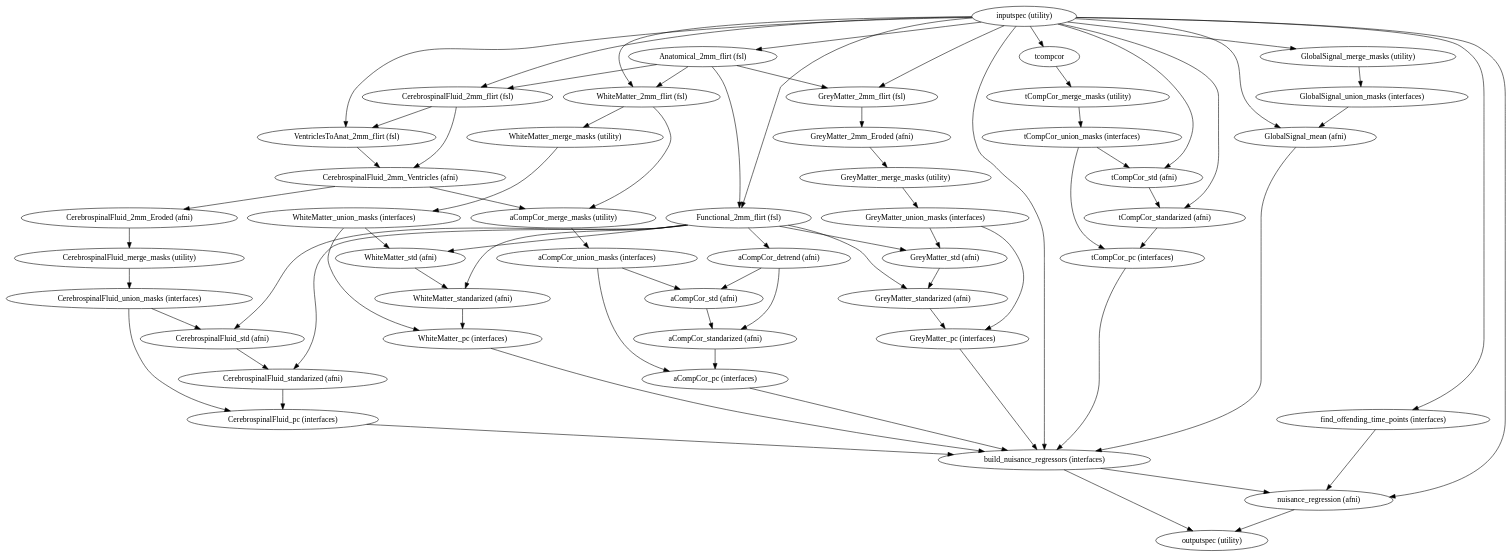
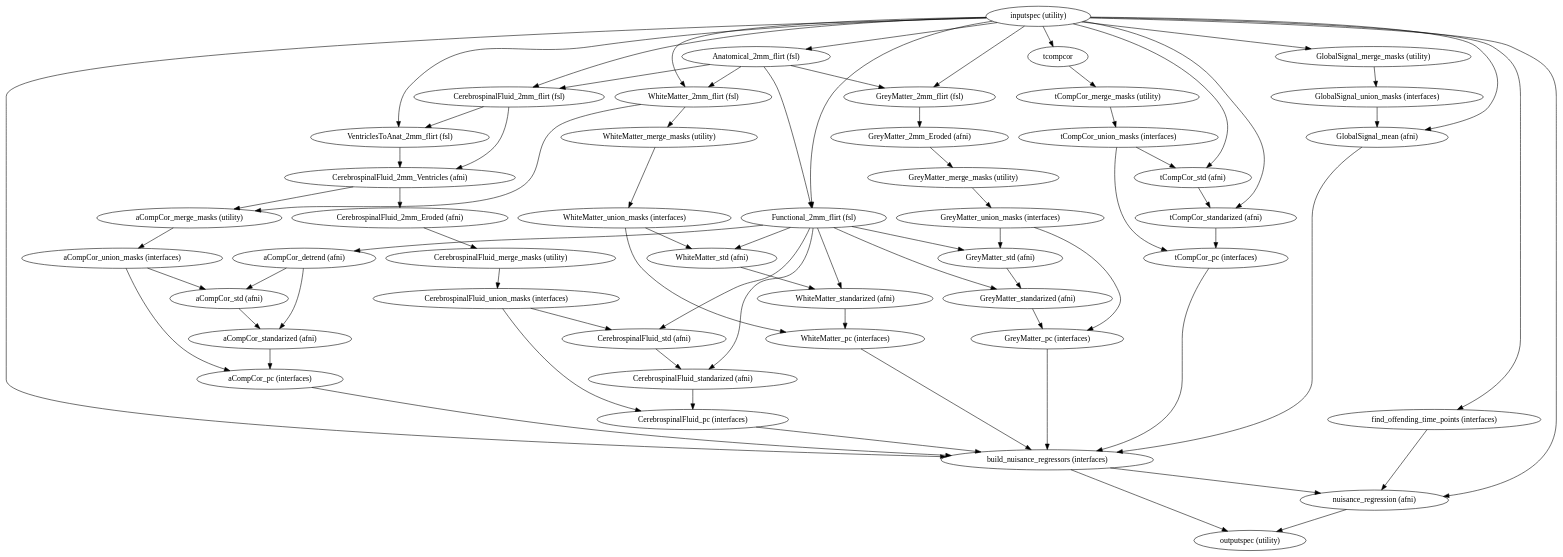
One commit to FCP-INDI/fcp-indi.github.io changed the diagram in docs/developer/workflows/images/generated/nuisance.dot. Above: the diagram before and after it, drawn with Graphviz. The commit also changed other lines of this file and 7 other files, not shown here.

```diff
--- a/docs/developer/workflows/images/generated/nuisance.dot
+++ b/docs/developer/workflows/images/generated/nuisance.dot
@@ -1,121 +1,121 @@
 strict digraph "" {
 "GlobalSignal_union_masks (interfaces)";
 "tCompCor_merge_masks (utility)";
 "CerebrospinalFluid_pc (interfaces)";
 "CerebrospinalFluid_2mm_Eroded (afni)";
 "Anatomical_2mm_flirt (fsl)";
 "inputspec (utility)";
 "GreyMatter_standarized (afni)";
 "aCompCor_detrend (afni)";
 "aCompCor_union_masks (interfaces)";
 "tCompCor_std (afni)";
 "GreyMatter_pc (interfaces)";
 "GreyMatter_union_masks (interfaces)";
 "WhiteMatter_standarized (afni)";
 "CerebrospinalFluid_std (afni)";
 "WhiteMatter_pc (interfaces)";
 "CerebrospinalFluid_union_masks (interfaces)";
 "aCompCor_merge_masks (utility)";
-"GreyMatter_2mm_flirt (fsl)";
+"find_offending_time_points (interfaces)";
 "GlobalSignal_mean (afni)";
 tcompcor;
 "GreyMatter_2mm_Eroded (afni)";
 "CerebrospinalFluid_2mm_flirt (fsl)";
 "aCompCor_pc (interfaces)";
+"GreyMatter_2mm_flirt (fsl)";
 "WhiteMatter_2mm_flirt (fsl)";
 "tCompCor_standarized (afni)";
 "CerebrospinalFluid_merge_masks (utility)";
 "CerebrospinalFluid_standarized (afni)";
 "tCompCor_union_masks (interfaces)";
 "GreyMatter_std (afni)";
 "VentriclesToAnat_2mm_flirt (fsl)";
 "aCompCor_std (afni)";
 "WhiteMatter_merge_masks (utility)";
-"find_offending_time_points (interfaces)";
-"CerebrospinalFluid_2mm_Ventricles (afni)";
+"aCompCor_standarized (afni)";
+"GlobalSignal_merge_masks (utility)";
 "nuisance_regression (afni)";
 "GreyMatter_merge_masks (utility)";
-"GlobalSignal_merge_masks (utility)";
+"CerebrospinalFluid_2mm_Ventricles (afni)";
 "build_nuisance_regressors (interfaces)";
 "outputspec (utility)";
 "WhiteMatter_union_masks (interfaces)";
 "WhiteMatter_std (afni)";
 "Functional_2mm_flirt (fsl)";
 "tCompCor_pc (interfaces)";
-"aCompCor_standarized (afni)";
 "GlobalSignal_union_masks (interfaces)" -> "GlobalSignal_mean (afni)";
 "tCompCor_merge_masks (utility)" -> "tCompCor_union_masks (interfaces)";
 "CerebrospinalFluid_pc (interfaces)" -> "build_nuisance_regressors (interfaces)";
 "CerebrospinalFluid_2mm_Eroded (afni)" -> "CerebrospinalFluid_merge_masks (utility)";
 "Anatomical_2mm_flirt (fsl)" -> "Functional_2mm_flirt (fsl)";
 "Anatomical_2mm_flirt (fsl)" -> "CerebrospinalFluid_2mm_flirt (fsl)";
 "Anatomical_2mm_flirt (fsl)" -> "GreyMatter_2mm_flirt (fsl)";
 "Anatomical_2mm_flirt (fsl)" -> "WhiteMatter_2mm_flirt (fsl)";
 "inputspec (utility)" -> "nuisance_regression (afni)";
+"inputspec (utility)" -> "build_nuisance_regressors (interfaces)";
+"inputspec (utility)" -> "WhiteMatter_2mm_flirt (fsl)";
+"inputspec (utility)" -> "tCompCor_standarized (afni)";
+"inputspec (utility)" -> tcompcor;
+"inputspec (utility)" -> "Anatomical_2mm_flirt (fsl)";
 "inputspec (utility)" -> "GlobalSignal_merge_masks (utility)";
-"inputspec (utility)" -> "build_nuisance_regressors (interfaces)";
-"inputspec (utility)" -> "tCompCor_standarized (afni)";
-"inputspec (utility)" -> "VentriclesToAnat_2mm_flirt (fsl)";
-"inputspec (utility)" -> "Anatomical_2mm_flirt (fsl)";
 "inputspec (utility)" -> "Functional_2mm_flirt (fsl)";
 "inputspec (utility)" -> "GreyMatter_2mm_flirt (fsl)";
 "inputspec (utility)" -> "GlobalSignal_mean (afni)";
-"inputspec (utility)" -> tcompcor;
-"inputspec (utility)" -> "WhiteMatter_2mm_flirt (fsl)";
+"inputspec (utility)" -> "VentriclesToAnat_2mm_flirt (fsl)";
 "inputspec (utility)" -> "CerebrospinalFluid_2mm_flirt (fsl)";
 "inputspec (utility)" -> "find_offending_time_points (interfaces)";
 "inputspec (utility)" -> "tCompCor_std (afni)";
 "GreyMatter_standarized (afni)" -> "GreyMatter_pc (interfaces)";
 "aCompCor_detrend (afni)" -> "aCompCor_std (afni)";
 "aCompCor_detrend (afni)" -> "aCompCor_standarized (afni)";
 "aCompCor_union_masks (interfaces)" -> "aCompCor_std (afni)";
 "aCompCor_union_masks (interfaces)" -> "aCompCor_pc (interfaces)";
 "tCompCor_std (afni)" -> "tCompCor_standarized (afni)";
 "GreyMatter_pc (interfaces)" -> "build_nuisance_regressors (interfaces)";
 "GreyMatter_union_masks (interfaces)" -> "GreyMatter_pc (interfaces)";
 "GreyMatter_union_masks (interfaces)" -> "GreyMatter_std (afni)";
 "WhiteMatter_standarized (afni)" -> "WhiteMatter_pc (interfaces)";
 "CerebrospinalFluid_std (afni)" -> "CerebrospinalFluid_standarized (afni)";
 "WhiteMatter_pc (interfaces)" -> "build_nuisance_regressors (interfaces)";
 "CerebrospinalFluid_union_masks (interfaces)" -> "CerebrospinalFluid_pc (interfaces)";
 "CerebrospinalFluid_union_masks (interfaces)" -> "CerebrospinalFluid_std (afni)";
 "aCompCor_merge_masks (utility)" -> "aCompCor_union_masks (interfaces)";
-"GreyMatter_2mm_flirt (fsl)" -> "GreyMatter_2mm_Eroded (afni)";
+"find_offending_time_points (interfaces)" -> "nuisance_regression (afni)";
 "GlobalSignal_mean (afni)" -> "build_nuisance_regressors (interfaces)";
 tcompcor -> "tCompCor_merge_masks (utility)";
 "GreyMatter_2mm_Eroded (afni)" -> "GreyMatter_merge_masks (utility)";
 "CerebrospinalFluid_2mm_flirt (fsl)" -> "CerebrospinalFluid_2mm_Ventricles (afni)";
 "CerebrospinalFluid_2mm_flirt (fsl)" -> "VentriclesToAnat_2mm_flirt (fsl)";
 "aCompCor_pc (interfaces)" -> "build_nuisance_regressors (interfaces)";
+"GreyMatter_2mm_flirt (fsl)" -> "GreyMatter_2mm_Eroded (afni)";
 "WhiteMatter_2mm_flirt (fsl)" -> "WhiteMatter_merge_masks (utility)";
 "WhiteMatter_2mm_flirt (fsl)" -> "aCompCor_merge_masks (utility)";
 "tCompCor_standarized (afni)" -> "tCompCor_pc (interfaces)";
 "CerebrospinalFluid_merge_masks (utility)" -> "CerebrospinalFluid_union_masks (interfaces)";
 "CerebrospinalFluid_standarized (afni)" -> "CerebrospinalFluid_pc (interfaces)";
 "tCompCor_union_masks (interfaces)" -> "tCompCor_pc (interfaces)";
 "tCompCor_union_masks (interfaces)" -> "tCompCor_std (afni)";
 "GreyMatter_std (afni)" -> "GreyMatter_standarized (afni)";
 "VentriclesToAnat_2mm_flirt (fsl)" -> "CerebrospinalFluid_2mm_Ventricles (afni)";
 "aCompCor_std (afni)" -> "aCompCor_standarized (afni)";
 "WhiteMatter_merge_masks (utility)" -> "WhiteMatter_union_masks (interfaces)";
-"find_offending_time_points (interfaces)" -> "nuisance_regression (afni)";
+"aCompCor_standarized (afni)" -> "aCompCor_pc (interfaces)";
+"GlobalSignal_merge_masks (utility)" -> "GlobalSignal_union_masks (interfaces)";
+"nuisance_regression (afni)" -> "outputspec (utility)";
+"GreyMatter_merge_masks (utility)" -> "GreyMatter_union_masks (interfaces)";
 "CerebrospinalFluid_2mm_Ventricles (afni)" -> "aCompCor_merge_masks (utility)";
 "CerebrospinalFluid_2mm_Ventricles (afni)" -> "CerebrospinalFluid_2mm_Eroded (afni)";
-"nuisance_regression (afni)" -> "outputspec (utility)";
-"GreyMatter_merge_masks (utility)" -> "GreyMatter_union_masks (interfaces)";
-"GlobalSignal_merge_masks (utility)" -> "GlobalSignal_union_masks (interfaces)";
 "build_nuisance_regressors (interfaces)" -> "nuisance_regression (afni)";
 "build_nuisance_regressors (interfaces)" -> "outputspec (utility)";
 "WhiteMatter_union_masks (interfaces)" -> "WhiteMatter_pc (interfaces)";
 "WhiteMatter_union_masks (interfaces)" -> "WhiteMatter_std (afni)";
 "WhiteMatter_std (afni)" -> "WhiteMatter_standarized (afni)";
 "Functional_2mm_flirt (fsl)" -> "GreyMatter_std (afni)";
 "Functional_2mm_flirt (fsl)" -> "WhiteMatter_standarized (afni)";
 "Functional_2mm_flirt (fsl)" -> "CerebrospinalFluid_std (afni)";
 "Functional_2mm_flirt (fsl)" -> "CerebrospinalFluid_standarized (afni)";
 "Functional_2mm_flirt (fsl)" -> "GreyMatter_standarized (afni)";
 "Functional_2mm_flirt (fsl)" -> "WhiteMatter_std (afni)";
 "Functional_2mm_flirt (fsl)" -> "aCompCor_detrend (afni)";
 "tCompCor_pc (interfaces)" -> "build_nuisance_regressors (interfaces)";
-"aCompCor_standarized (afni)" -> "aCompCor_pc (interfaces)";
 }
```
